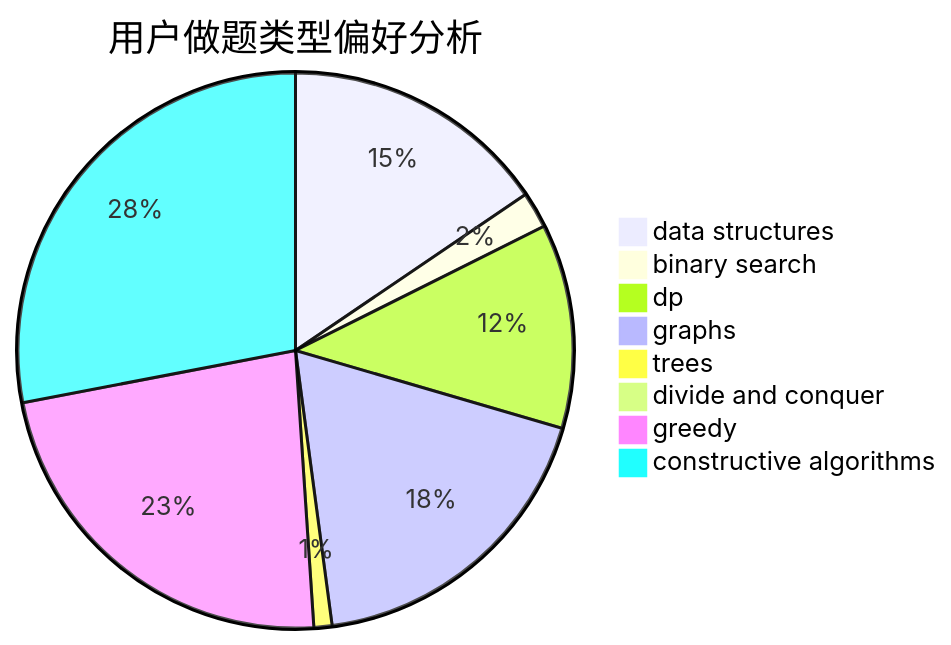
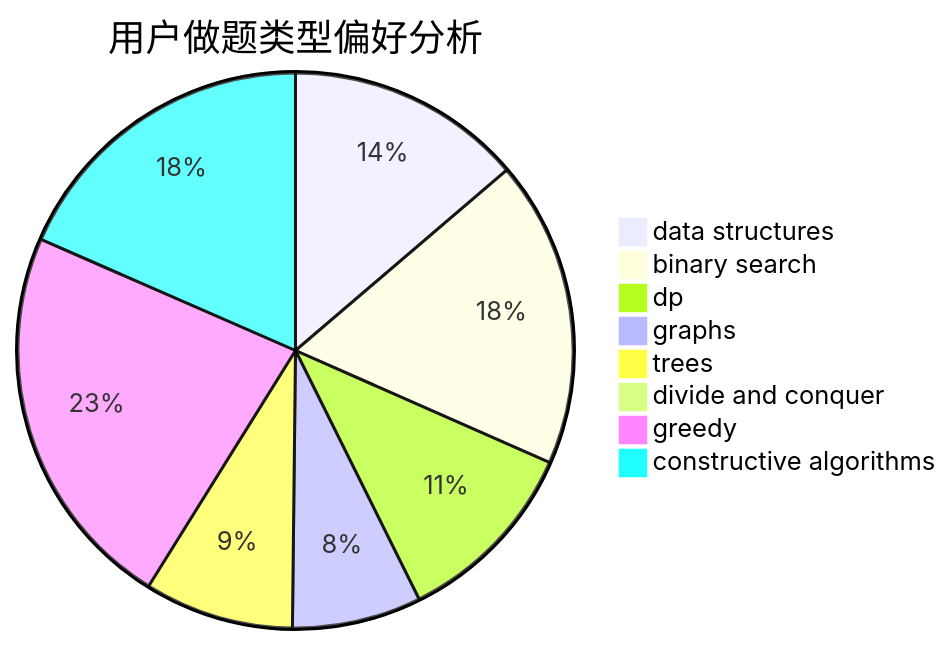
Before and after one commit to sherpahu/cfrs.github.io: the second of 3 diagrams in docs/user/u934.md, drawn with Mermaid. The commit also changed other lines of this file and 2770 other files, not shown here.

````diff
--- a/docs/user/u934.md
+++ b/docs/user/u934.md
@@ -23,11 +23,11 @@
 ```mermaid
 pie title 用户做题类型偏好分析
-    "data structures" :  103
-    "binary search" :  14
-    "dp" :  79
-    "graphs" :  122
-    "trees" :  7
-    "divide and conquer" :  1
-    "greedy" :  153
-    "constructive algorithms" :  186
+    "data structures" :  117
+    "binary search" :  152
+    "dp" :  94
+    "graphs" :  64
+    "trees" :  74
+    "divide and conquer" :  0
+    "greedy" :  193
+    "constructive algorithms" :  157
 ```
````
